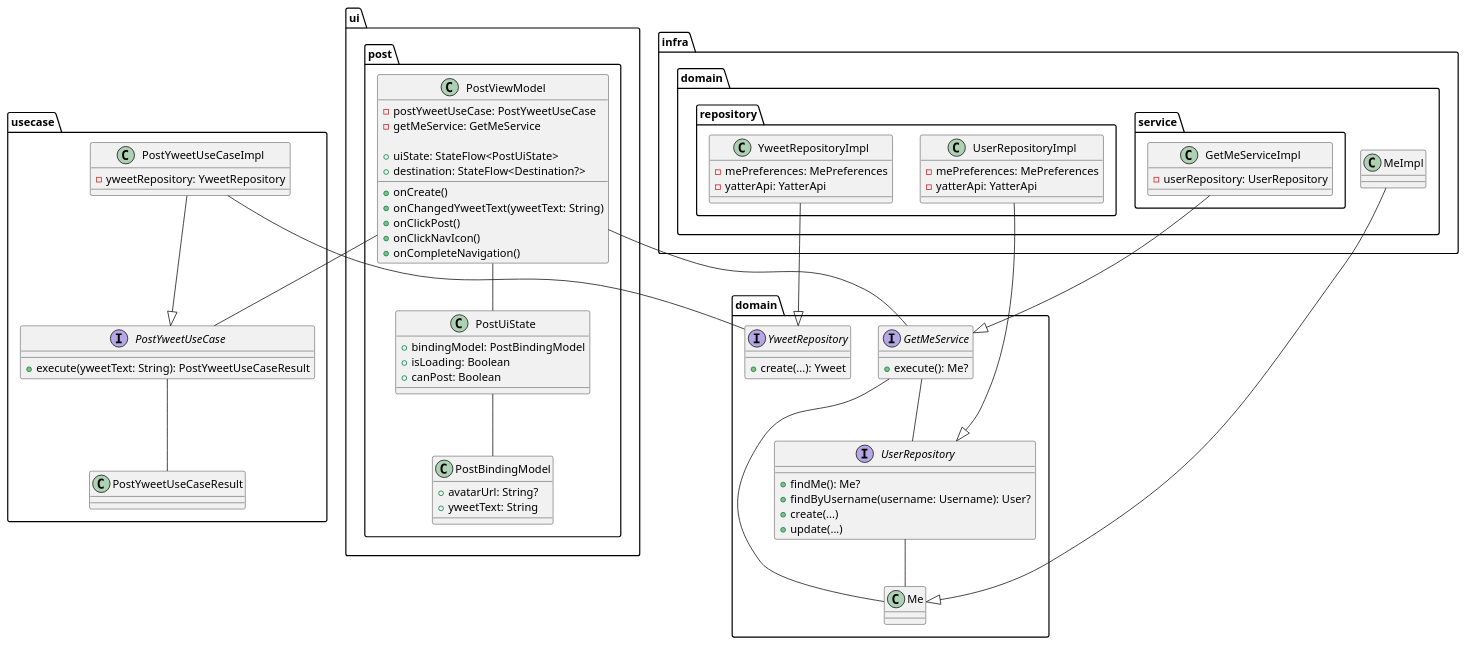
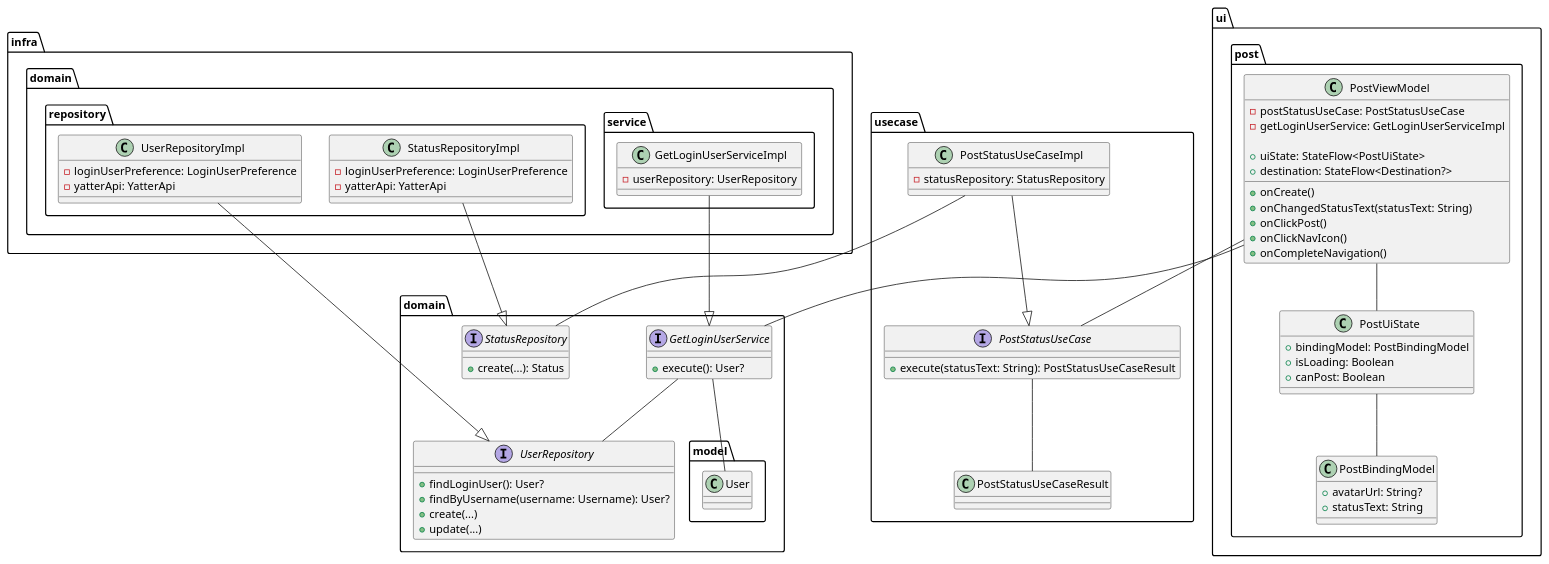
The diagram in Yatter/uml/tweet.puml (suzukibelltree/Yatter2025-Internship), drawn with PlantUML before and after one commit. The commit also changed 1 other file, not shown here.

```diff
--- a/Yatter/uml/tweet.puml
+++ b/Yatter/uml/tweet.puml
@@ -1,101 +1,101 @@
 @startuml
 
 package domain {
-  class Me
+  package model {
+    class User
+  }
+
   interface UserRepository {
-    + findMe(): Me?
+    + findLoginUser(): User?
     + findByUsername(username: Username): User?
     + create(...)
     + update(...)
   }
 
-  interface GetMeService {
-    + execute(): Me?
+  interface GetLoginUserService {
+    + execute(): User?
   }
 
-  interface YweetRepository {
-    + create(...): Yweet
+  interface StatusRepository {
+    + create(...): Status
   }
 }
 
 package infra {
   package domain {
-    class MeImpl
     package repository {
       class UserRepositoryImpl {
-        - mePreferences: MePreferences
+        - loginUserPreference: LoginUserPreference
         - yatterApi: YatterApi
       }
 
-      class YweetRepositoryImpl {
-        - mePreferences: MePreferences
+      class StatusRepositoryImpl {
+        - loginUserPreference: LoginUserPreference
         - yatterApi: YatterApi
       }
     }
     package service {
-      class GetMeServiceImpl {
+      class GetLoginUserServiceImpl {
         - userRepository: UserRepository
       }
     }
   }
 }
 
 package usecase {
-  interface PostYweetUseCase {
-    + execute(yweetText: String): PostYweetUseCaseResult
+  interface PostStatusUseCase {
+    + execute(statusText: String): PostStatusUseCaseResult
   }
 
-  class PostYweetUseCaseImpl {
-    - yweetRepository: YweetRepository
+  class PostStatusUseCaseImpl {
+    - statusRepository: StatusRepository
   }
 
-  class PostYweetUseCaseResult
+  class PostStatusUseCaseResult
 }
 
 package ui.post {
   class PostViewModel {
-    - postYweetUseCase: PostYweetUseCase
-    - getMeService: GetMeService
+    - postStatusUseCase: PostStatusUseCase
+    - getLoginUserService: GetLoginUserServiceImpl
 
     + uiState: StateFlow<PostUiState>
     + destination: StateFlow<Destination?>
 
     + onCreate()
-    + onChangedYweetText(yweetText: String)
+    + onChangedStatusText(statusText: String)
     + onClickPost()
     + onClickNavIcon()
     + onCompleteNavigation()
   }
 
   class PostUiState {
     + bindingModel: PostBindingModel
     + isLoading: Boolean
     + canPost: Boolean
   }
 
   class PostBindingModel {
     + avatarUrl: String?
-    + yweetText: String
+    + statusText: String
   }
 }
 
-MeImpl --|> Me
-UserRepository -- Me
-GetMeService -- Me
+GetLoginUserService -- User
 
-GetMeServiceImpl --|> GetMeService
+GetLoginUserServiceImpl --|> GetLoginUserService
 UserRepositoryImpl --|> UserRepository
-YweetRepositoryImpl --|> YweetRepository
+StatusRepositoryImpl --|> StatusRepository
 
-GetMeService -- UserRepository
+GetLoginUserService -- UserRepository
 
-PostYweetUseCaseImpl --|> PostYweetUseCase
-PostYweetUseCase -- PostYweetUseCaseResult
-PostYweetUseCaseImpl -- YweetRepository
+PostStatusUseCaseImpl --|> PostStatusUseCase
+PostStatusUseCase -- PostStatusUseCaseResult
+PostStatusUseCaseImpl -- StatusRepository
 
 PostViewModel -- PostUiState
 PostUiState -- PostBindingModel
 
-PostViewModel -- PostYweetUseCase
-PostViewModel -- GetMeService
+PostViewModel -- PostStatusUseCase
+PostViewModel -- GetLoginUserService
 @enduml
```
